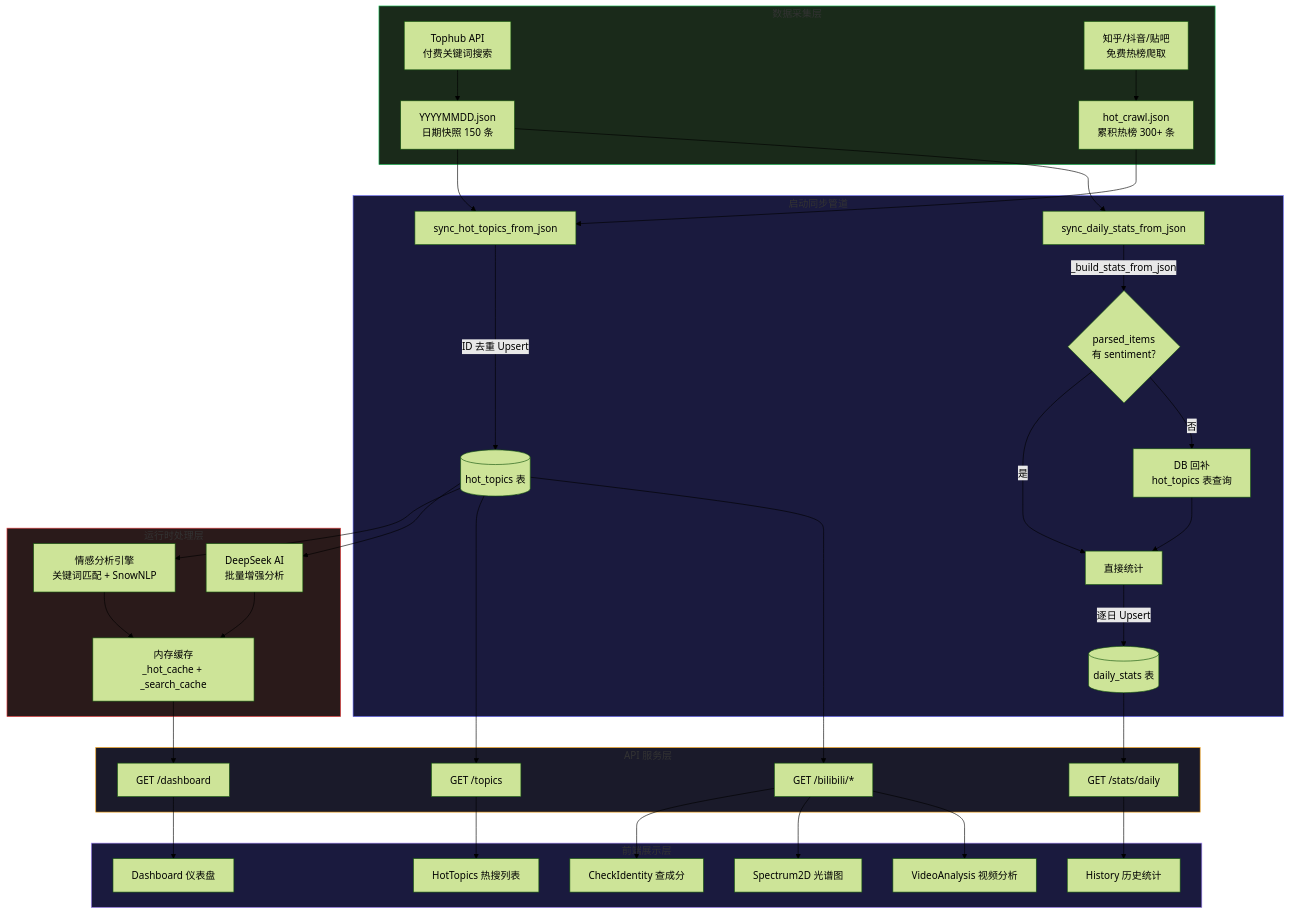
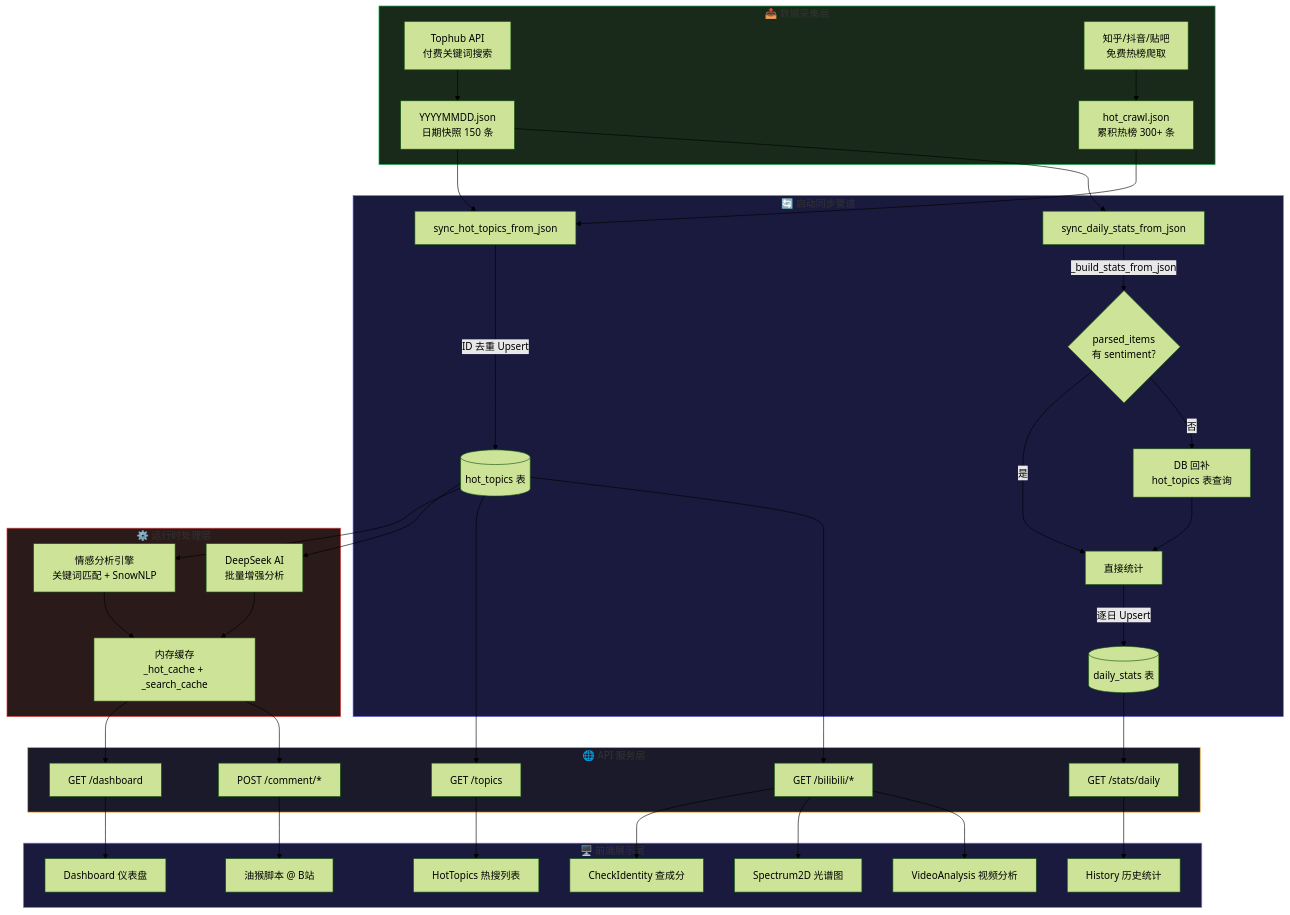
One commit to KaedeCo/miho-spot changed the diagram in README.md. Above: the diagram before and after it, drawn with Mermaid (forest theme). The commit also changed other lines of this file and 3 other files, not shown here.

````diff
--- a/README.md
+++ b/README.md
@@ -163,48 +118,50 @@
 ```mermaid
 flowchart TD
-    subgraph L1 ["数据采集层"]
+    subgraph L1 ["📥 数据采集层"]
         A1[Tophub API<br/>付费关键词搜索] --> B1[YYYYMMDD.json<br/>日期快照 150 条]
         A2[知乎/抖音/贴吧<br/>免费热榜爬取] --> B2[hot_crawl.json<br/>累积热榜 300+ 条]
     end
 
-    subgraph L2 ["启动同步管道"]
+    subgraph L2 ["🔄 启动同步管道"]
         B1 --> C1[sync_hot_topics_from_json]
         B2 --> C1
         C1 -->|ID 去重 Upsert| D1[(hot_topics 表)]
         B1 --> C2[sync_daily_stats_from_json]
         C2 -->|_build_stats_from_json| C3{parsed_items<br/>有 sentiment?}
         C3 -->|是| C4[直接统计]
         C3 -->|否| C5[DB 回补<br/>hot_topics 表查询]
         C5 --> C4
         C4 -->|逐日 Upsert| D2[(daily_stats 表)]
     end
 
-    subgraph L3 ["运行时处理层"]
+    subgraph L3 ["⚙️ 运行时处理层"]
         D1 --> E1[情感分析引擎<br/>关键词匹配 + SnowNLP]
         D1 --> E2[DeepSeek AI<br/>批量增强分析]
         E1 --> E3[内存缓存<br/>_hot_cache + _search_cache]
         E2 --> E3
     end
 
-    subgraph L4 ["API 服务层"]
+    subgraph L4 ["🌐 API 服务层"]
         E3 --> F1[GET /dashboard]
         D2 --> F2[GET /stats/daily]
         D1 --> F3[GET /topics]
         D1 --> F4[GET /bilibili/*]
+        E3 --> F5[POST /comment/*]
     end
 
-    subgraph L5 ["前端展示层"]
+    subgraph L5 ["🖥️ 前端展示层"]
         F1 --> G1[Dashboard 仪表盘]
         F2 --> G2[History 历史统计]
         F3 --> G3[HotTopics 热搜列表]
         F4 --> G4[CheckIdentity 查成分]
         F4 --> G5[Spectrum2D 光谱图]
         F4 --> G6[VideoAnalysis 视频分析]
+        F5 --> G7[油猴脚本 @ B站]
     end
 
     style L1 fill:#1a2a1a,stroke:#22c55e
     style L2 fill:#1a1a3e,stroke:#6366f1
     style L3 fill:#2a1a1a,stroke:#ef4444
     style L4 fill:#1a1a2a,stroke:#f59e0b
     style L5 fill:#1a1a3e,stroke:#a78bfa
 ```
````
